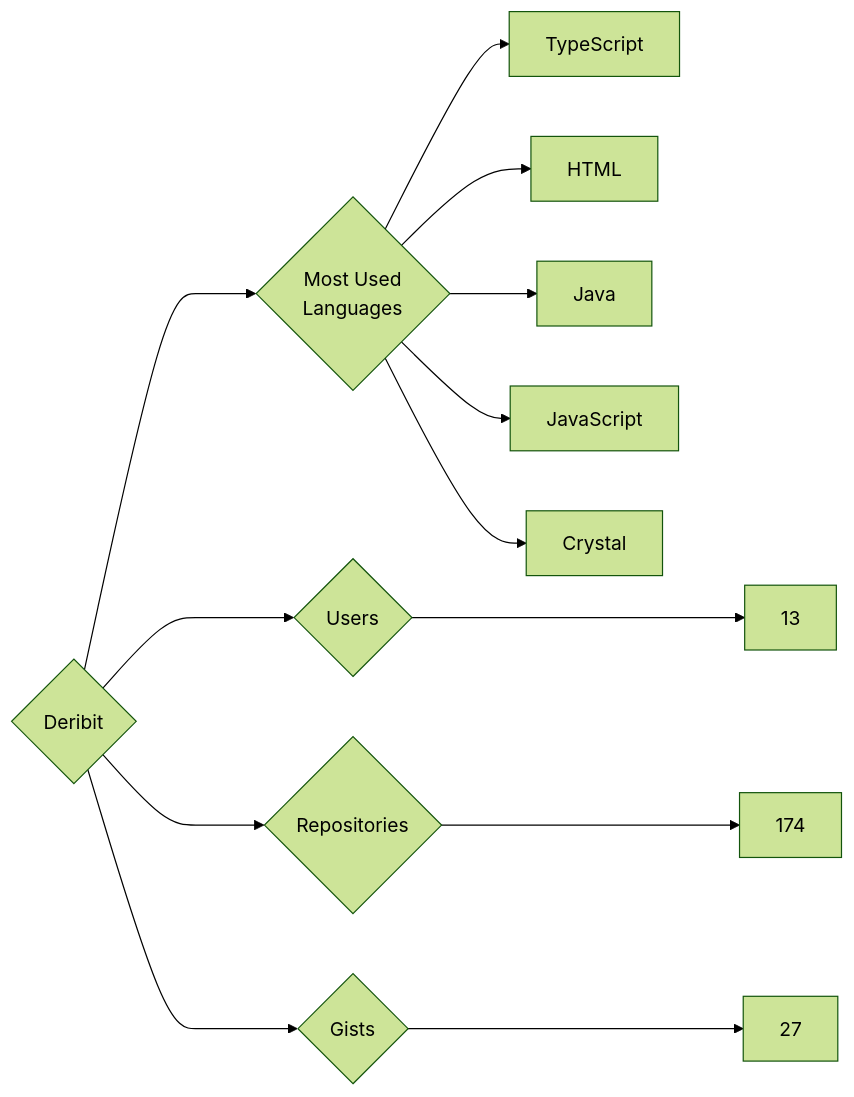
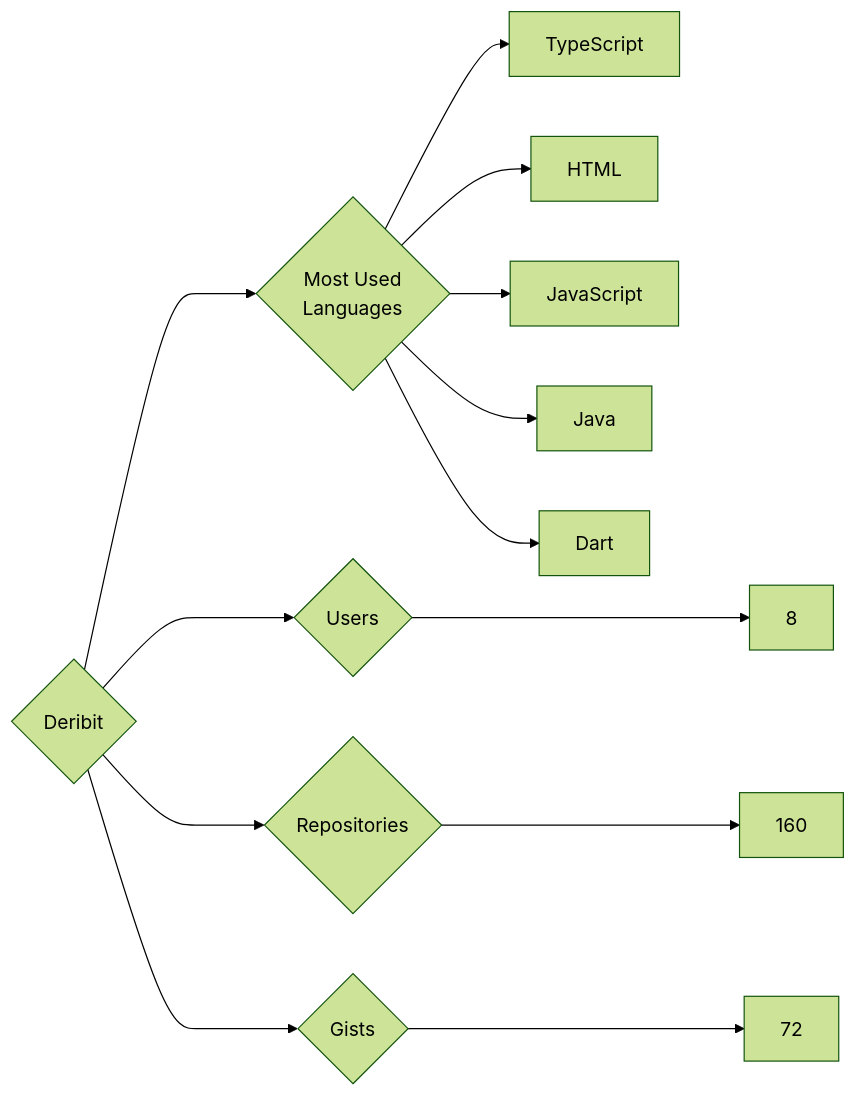
The diagram in targets/Deribit/README.md (trickest/insiders), drawn with Mermaid (forest theme) before and after one commit. The commit also changed 1141 other files, not shown here.

````diff
--- a/targets/Deribit/README.md
+++ b/targets/Deribit/README.md
@@ -3,13 +3,13 @@
 ```mermaid
 graph LR
 COMPANY_NAME{Deribit}
-COMPANY_NAME ---> U{Users} ---> UN[13]
-COMPANY_NAME ---> R{Repositories} ---> RN[174]
-COMPANY_NAME ---> G{Gists} ---> GN[27]
+COMPANY_NAME ---> U{Users} ---> UN[8]
+COMPANY_NAME ---> R{Repositories} ---> RN[160]
+COMPANY_NAME ---> G{Gists} ---> GN[72]
 COMPANY_NAME ---> ML{Most Used<br>Languages}
 ML --> TypeScript[TypeScript]
 ML --> HTML[HTML]
+ML --> JavaScript[JavaScript]
 ML --> Java[Java]
-ML --> JavaScript[JavaScript]
-ML --> Crystal[Crystal]
+ML --> Dart[Dart]
 ```
````
